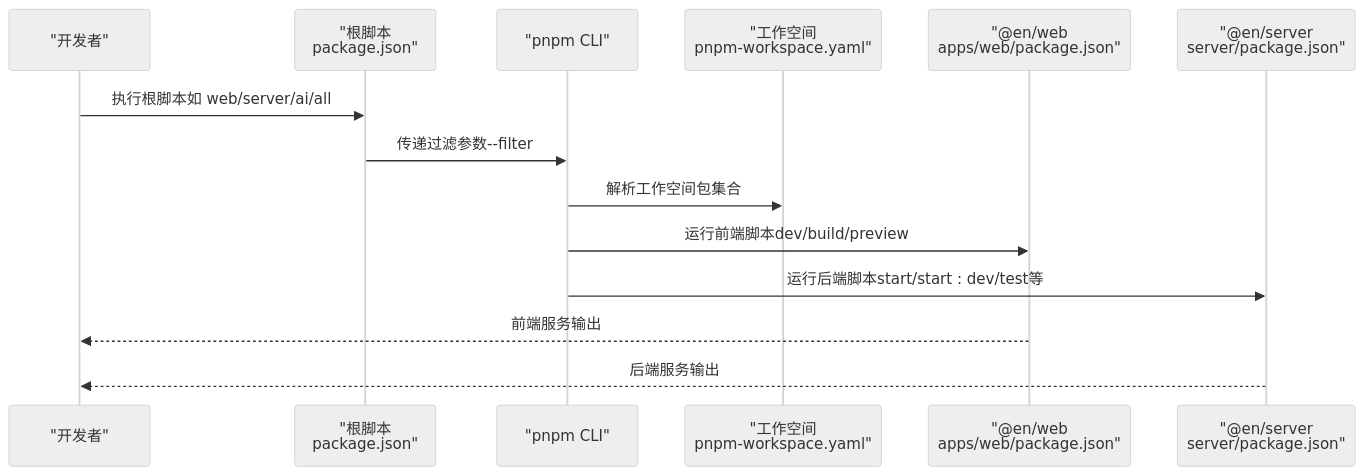
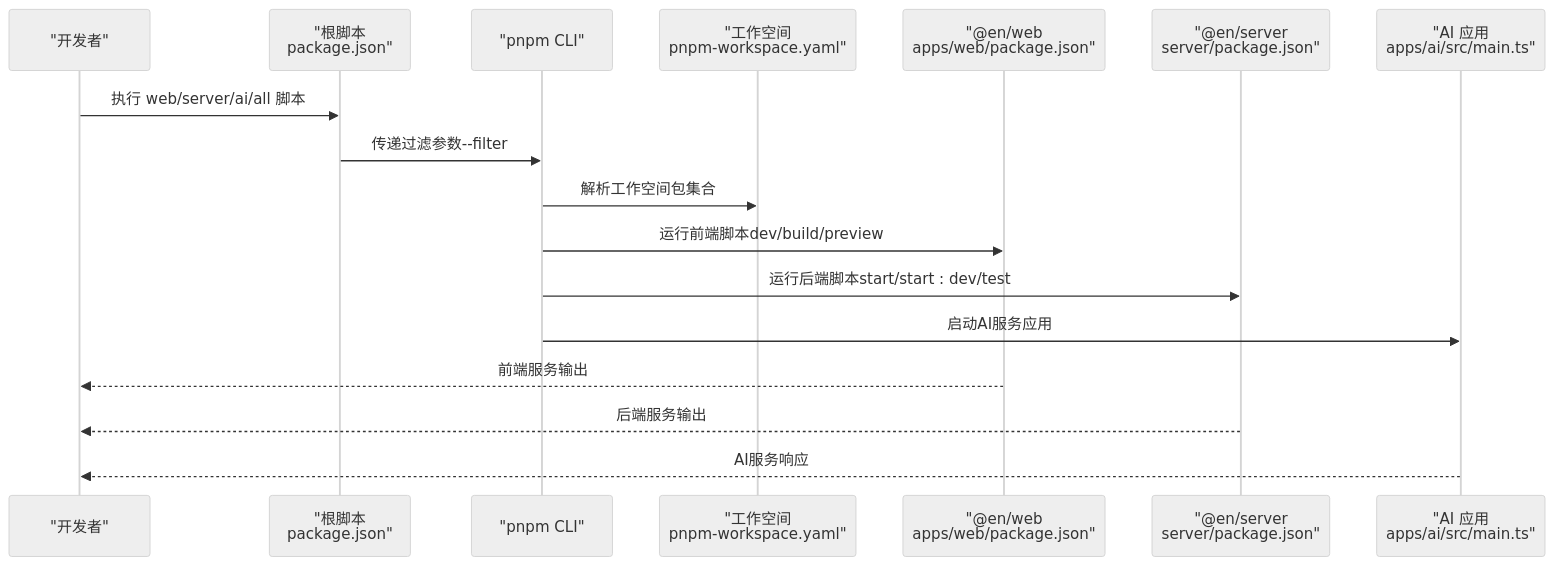
Before and after one commit to LihaoZDB/English-Study: the second of 7 diagrams in .qoder/repowiki/zh/content/配置管理/包管理配置.md, drawn with Mermaid (neutral theme). The commit also changed other lines of this file and 9 other files, not shown here.

````diff
--- a/.qoder/repowiki/zh/content/配置管理/包管理配置.md
+++ b/.qoder/repowiki/zh/content/配置管理/包管理配置.md
@@ -101,16 +120,19 @@
 ```mermaid
 sequenceDiagram
 participant Dev as "开发者"
 participant Root as "根脚本<br/>package.json"
 participant Pnpm as "pnpm CLI"
 participant WS as "工作空间<br/>pnpm-workspace.yaml"
 participant Web as "@en/web<br/>apps/web/package.json"
 participant Srv as "@en/server<br/>server/package.json"
-Dev->>Root : 执行根脚本如 web/server/ai/all
+participant AI as "AI 应用<br/>apps/ai/src/main.ts"
+Dev->>Root : 执行 web/server/ai/all 脚本
 Root->>Pnpm : 传递过滤参数--filter
 Pnpm->>WS : 解析工作空间包集合
 Pnpm->>Web : 运行前端脚本dev/build/preview
-Pnpm->>Srv : 运行后端脚本start/start : dev/test等
+Pnpm->>Srv : 运行后端脚本start/start : dev/test
+Pnpm->>AI : 启动AI服务应用
 Web-->>Dev : 前端服务输出
 Srv-->>Dev : 后端服务输出
+AI-->>Dev : AI服务响应
 ```
````
